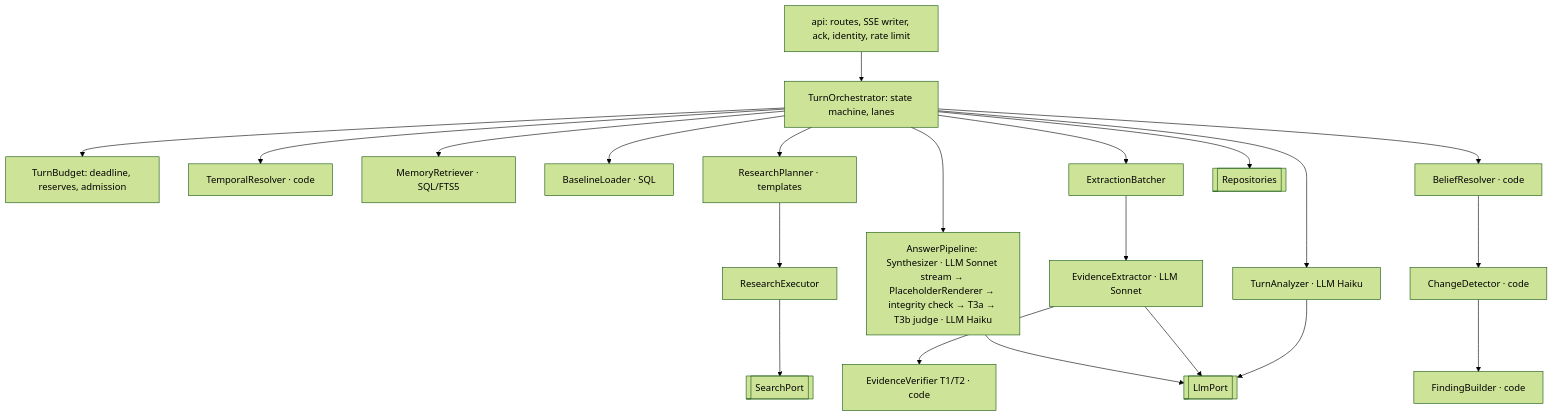
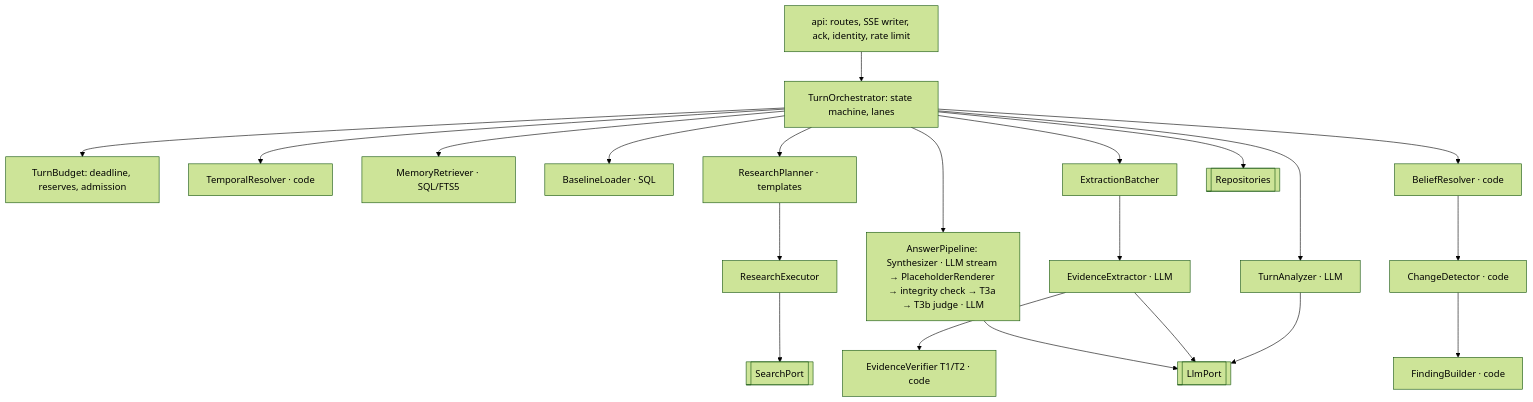
Before and after one commit to Ujjwaljain16/recalliq: the second of 8 diagrams in docs/architecture.md, drawn with Mermaid (forest theme). The commit also changed other lines of this file and 9 other files, not shown here.

````diff
--- a/docs/architecture.md
+++ b/docs/architecture.md
@@ -439,12 +439,12 @@
 ```mermaid
 flowchart TB
   API[api: routes, SSE writer, ack, identity, rate limit] --> TO[TurnOrchestrator: state machine, lanes]
   TO --> BUD[TurnBudget: deadline, reserves, admission]
-  TO --> TA[TurnAnalyzer · LLM Haiku] & TR[TemporalResolver · code] & MR[MemoryRetriever · SQL/FTS5] & BL[BaselineLoader · SQL]
+  TO --> TA[TurnAnalyzer · LLM] & TR[TemporalResolver · code] & MR[MemoryRetriever · SQL/FTS5] & BL[BaselineLoader · SQL]
   TO --> RP[ResearchPlanner · templates] --> RX[ResearchExecutor] --> SP[[SearchPort]]
-  TO --> EB[ExtractionBatcher] --> EX[EvidenceExtractor · LLM Sonnet] --> EV[EvidenceVerifier T1/T2 · code]
+  TO --> EB[ExtractionBatcher] --> EX[EvidenceExtractor · LLM] --> EV[EvidenceVerifier T1/T2 · code]
   TO --> BR[BeliefResolver · code] --> CD[ChangeDetector · code] --> FB[FindingBuilder · code]
-  TO --> AP[AnswerPipeline: Synthesizer · LLM Sonnet stream → PlaceholderRenderer → integrity check → T3a → T3b judge · LLM Haiku]
+  TO --> AP[AnswerPipeline: Synthesizer · LLM stream → PlaceholderRenderer → integrity check → T3a → T3b judge · LLM]
   TO --> REPO[[Repositories]]
   TA & EX & AP --> LP[[LlmPort]]
 ```
````
